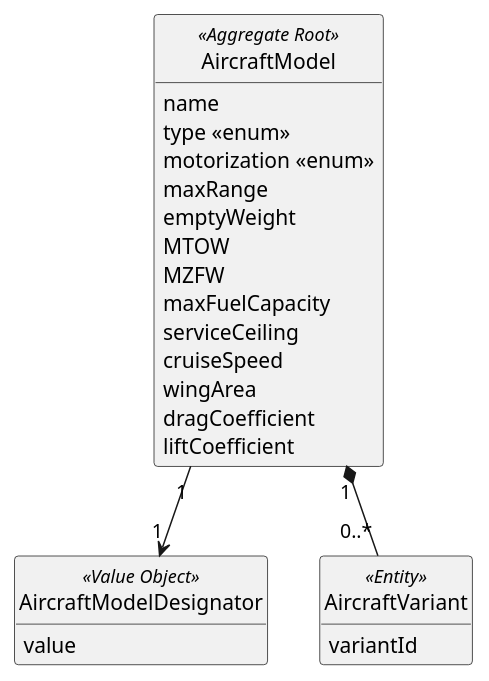
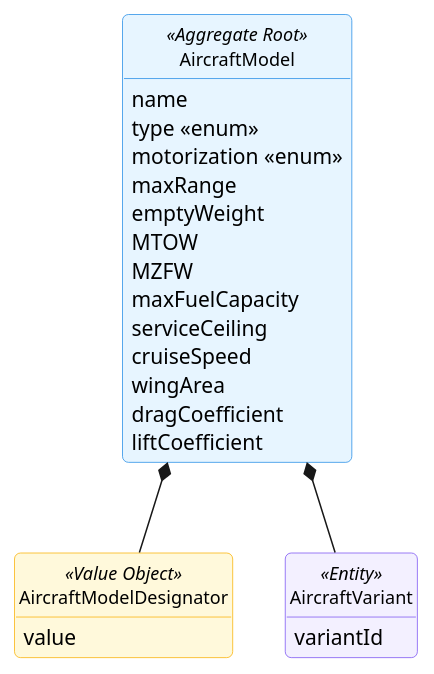
One commit to GustavoFerreira24/flight-management-platform changed the diagram in docs/global-artifacts/02.analysis/puml/Aggregates/AircraftModelAggregate.puml. Above: the diagram before and after it, drawn with PlantUML. The commit also changed 13 other files, not shown here.

Commit message:
US10(Code) - Refactor aggregate models to enhance visual representation and relationships in UML diagrams [#11][#12][#13][#14]

```diff
--- a/docs/global-artifacts/02.analysis/puml/Aggregates/AircraftModelAggregate.puml
+++ b/docs/global-artifacts/02.analysis/puml/Aggregates/AircraftModelAggregate.puml
@@ -1,37 +1,57 @@
 @startuml
-skinparam monochrome true
-skinparam packageStyle rectangle
-skinparam shadowing false
-skinparam classAttributeIconSize 0
+skinparam {
+    BackgroundColor white
+    RoundCorner 8
+    Shadowing false
+    Handwritten false
+    ClassAttributeIconSize 0
+    PackageStyle frame
+
+    PackageBackgroundColor #F8F9FA
+    PackageBorderColor #ADB5BD
+
+    ClassBackgroundColor white
+    ClassBorderColor #495057
+    ClassFontSize 12
+
+    ClassBackgroundColor<<Aggregate Root>> #E7F5FF
+    ClassBorderColor<<Aggregate Root>> #228BE6
+
+    ClassBackgroundColor<<Value Object>> #FFF9DB
+    ClassBorderColor<<Value Object>> #FAB005
+
+    ClassBackgroundColor<<Entity>> #F3F0FF
+    ClassBorderColor<<Entity>> #7950F2
+}
 hide circle
 hide methods
 
 class AircraftModel <<Aggregate Root>> {
         name
         type <<enum>>
         motorization <<enum>>
         maxRange
         emptyWeight
         MTOW
         MZFW
         maxFuelCapacity
         serviceCeiling
         cruiseSpeed
         wingArea
         dragCoefficient
         liftCoefficient
     }
 
-    class AircraftModelDesignator <<Value Object>> {
+class AircraftModelDesignator <<Value Object>> {
         value
-    }
+}
 
-    class AircraftVariant <<Entity>> {
+class AircraftVariant <<Entity>> {
         variantId
-    }
+}
 
-    AircraftModel "1" --> "1" AircraftModelDesignator
-    AircraftModel "1" *-- "0..*" AircraftVariant
+    AircraftModel *-- AircraftModelDesignator
+    AircraftModel *-- AircraftVariant
 }
 
 @enduml
```
